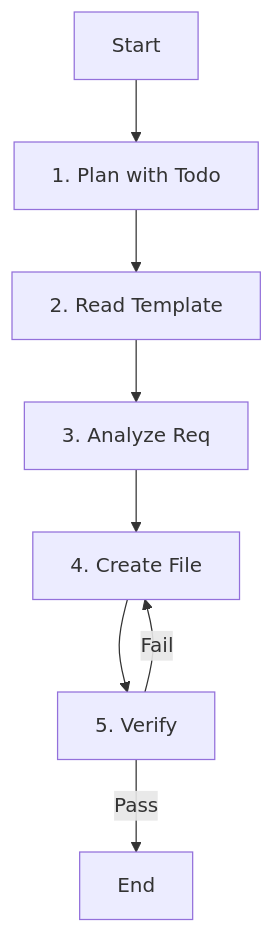
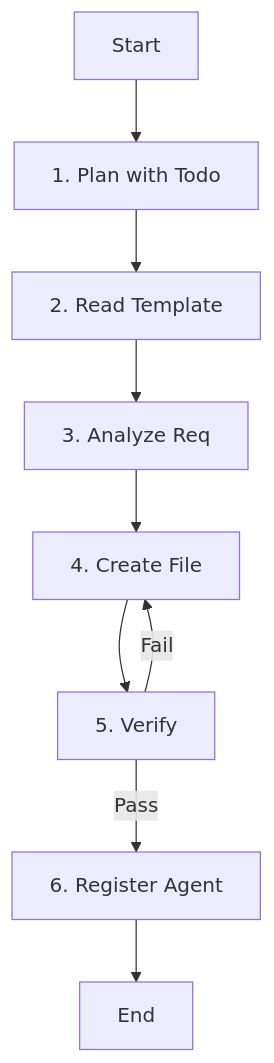
One commit to ksm0709/dotfiles changed the diagram in opencode/config/agent/agent-creator.md. Above: the diagram before and after it, drawn with Mermaid. The commit also changed other lines of this file and 8 other files, not shown here.

````diff
--- a/opencode/config/agent/agent-creator.md
+++ b/opencode/config/agent/agent-creator.md
@@ -34,10 +33,11 @@
 ```mermaid
 graph TD
     Start[Start] --> Plan[1. Plan with Todo]
     Plan --> Read[2. Read Template]
     Read --> Analyze[3. Analyze Req]
     Analyze --> Create[4. Create File]
     Create --> Verify[5. Verify]
     Verify -- Fail --> Create
-    Verify -- Pass --> End[End]
+    Verify -- Pass --> Register[6. Register Agent]
+    Register --> End[End]
 ```
````
